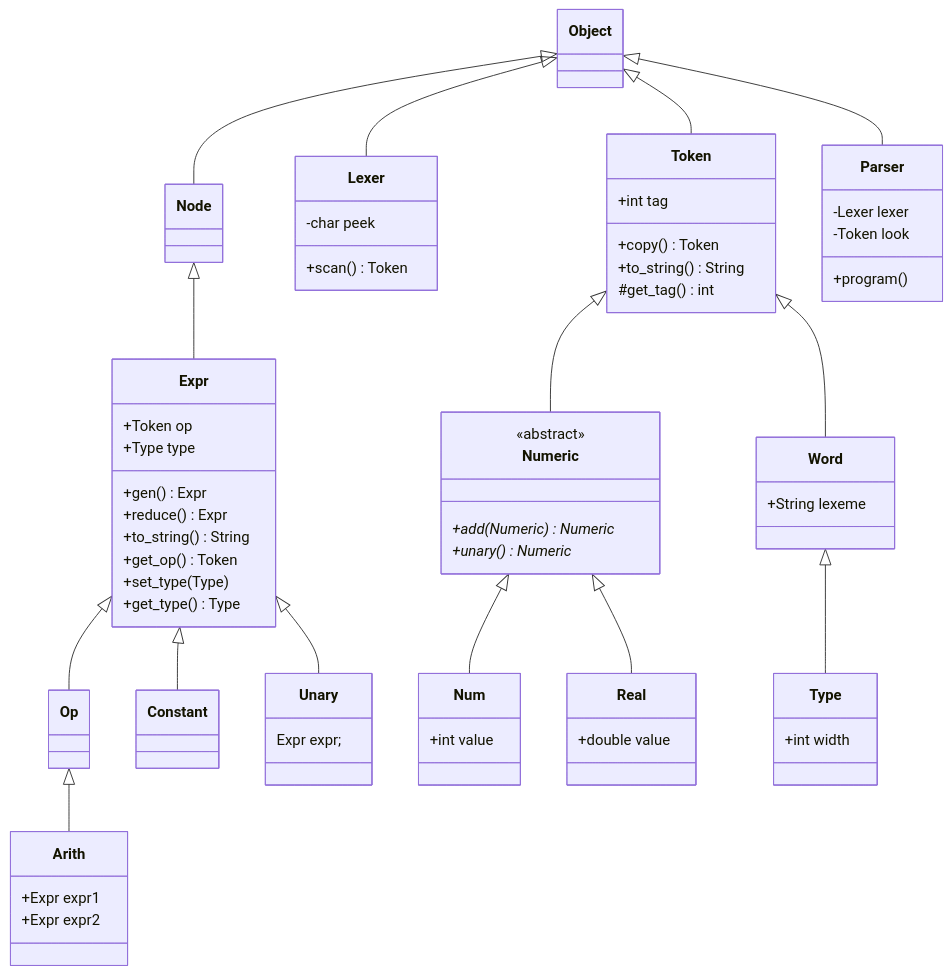
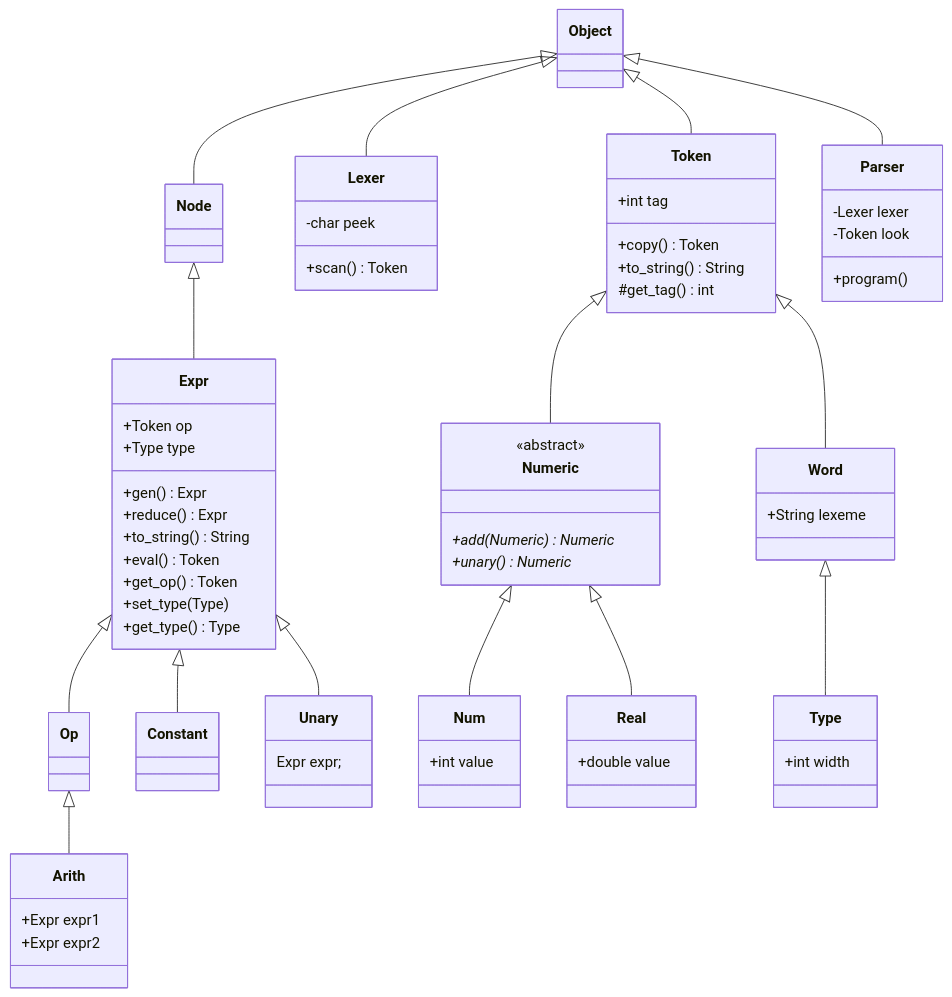
Before and after one commit to nwhean/42_computorv: the diagram in diagram.md, drawn with Mermaid. The commit also changed 8 other files, not shown here.

```diff
--- a/diagram.md
+++ b/diagram.md
@@ -18,6 +18,7 @@
 		+gen() Expr
 		+reduce() Expr
 		+to_string() String
+		+eval() Token
 		+get_op() Token
 		+set_type(Type)
 		+get_type() Type
```
